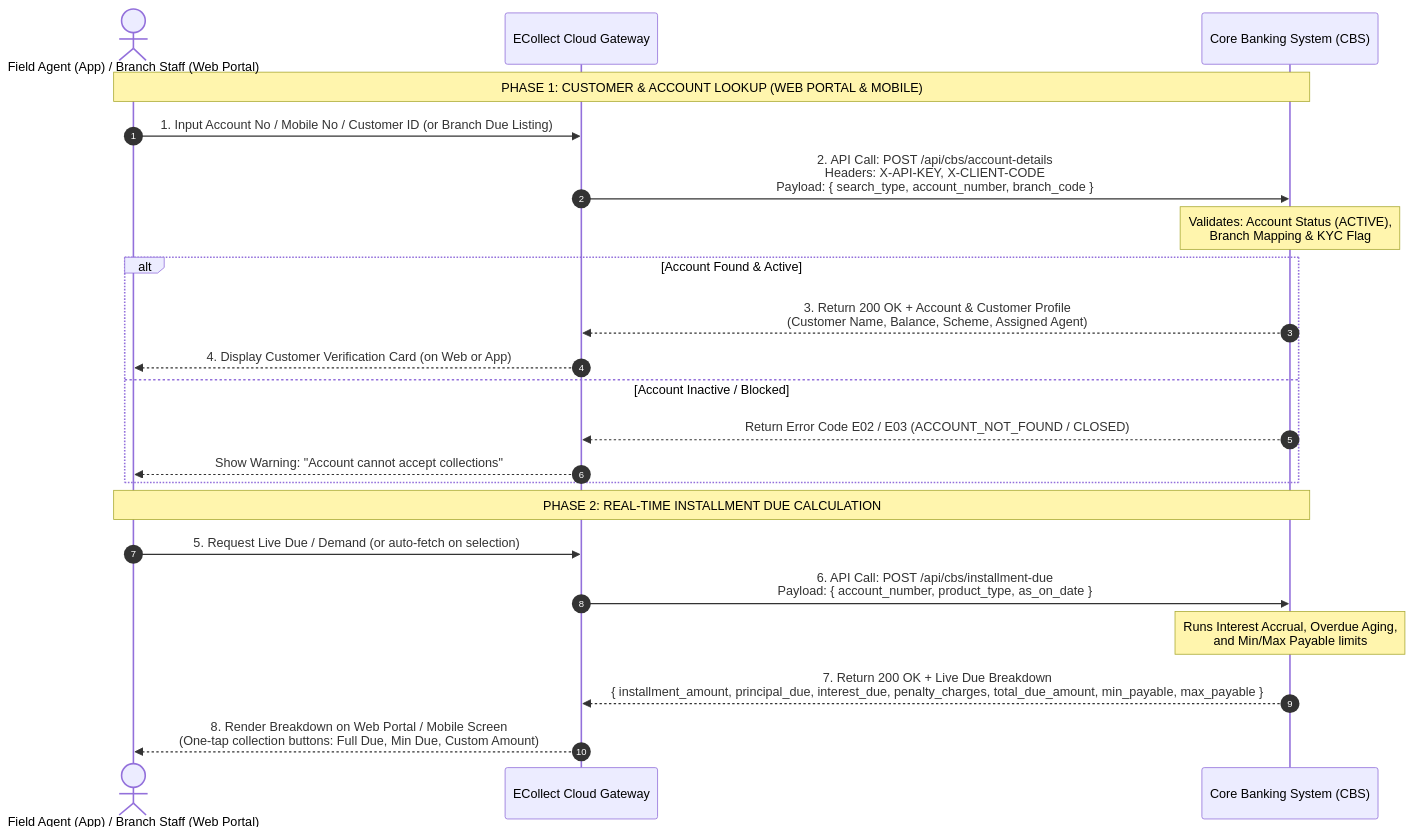
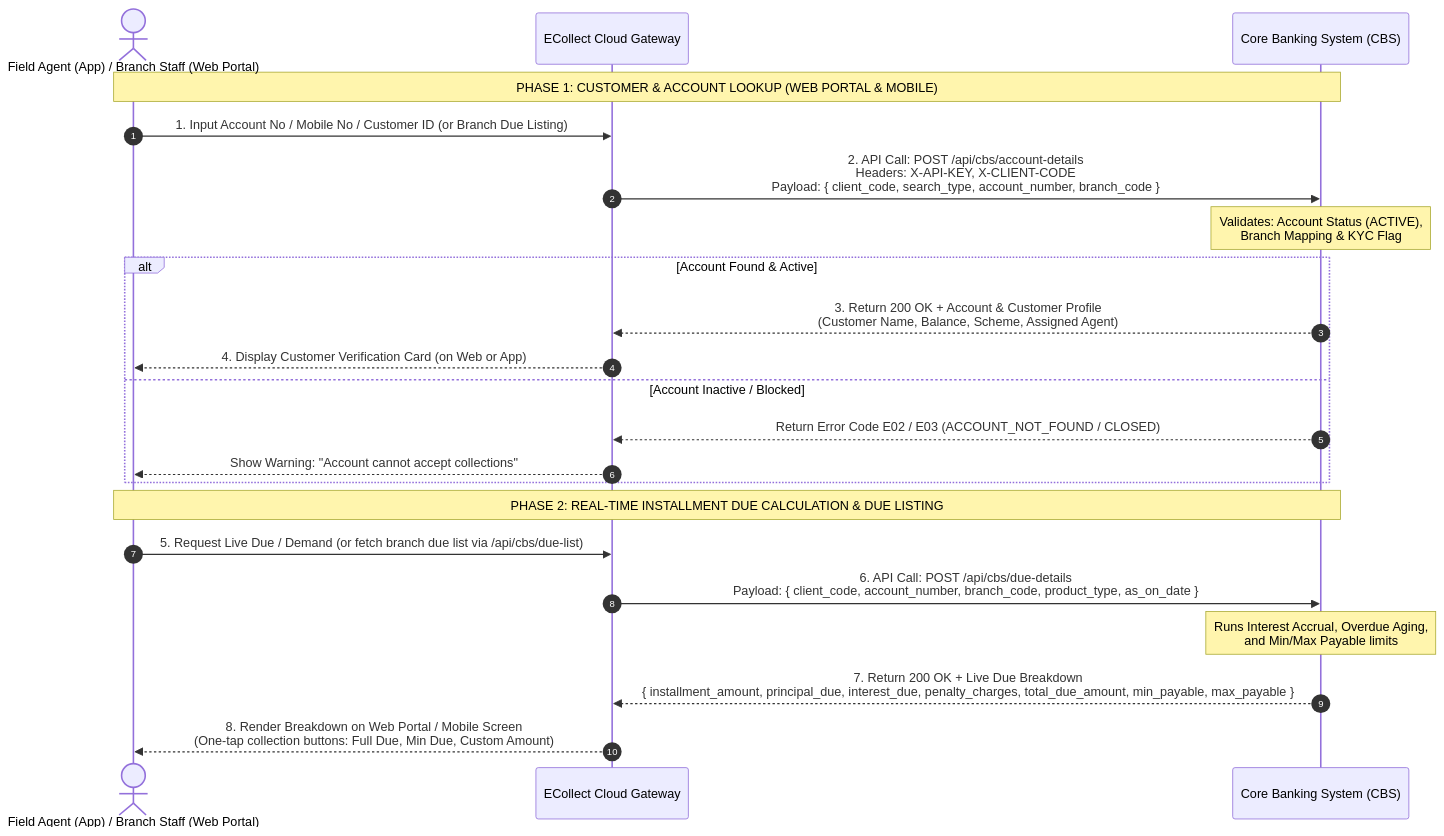
One commit to devadss/EcollectFrontEnd changed the first of 2 diagrams in ECOLLECT_CBS_INTEGRATION_API_SPECIFICATION.md. Above: the diagram before and after it, drawn with Mermaid. The commit also changed other lines of this file and 2 other files, not shown here.

Commit message:
docs: include client_code in account-details, due-details and all CBS endpoints; add due-list API

````diff
--- a/ECOLLECT_CBS_INTEGRATION_API_SPECIFICATION.md
+++ b/ECOLLECT_CBS_INTEGRATION_API_SPECIFICATION.md
@@ -88,26 +88,26 @@
 ```mermaid
 sequenceDiagram
     autonumber
     actor User as Field Agent (App) / Branch Staff (Web Portal)
     participant GW as ECollect Cloud Gateway
     participant CBS as Core Banking System (CBS)
 
     Note over User,CBS: PHASE 1: CUSTOMER & ACCOUNT LOOKUP (WEB PORTAL & MOBILE)
     User->>GW: 1. Input Account No / Mobile No / Customer ID (or Branch Due Listing)
-    GW->>CBS: 2. API Call: POST /api/cbs/account-details<br/>Headers: X-API-KEY, X-CLIENT-CODE<br/>Payload: { search_type, account_number, branch_code }
+    GW->>CBS: 2. API Call: POST /api/cbs/account-details<br/>Headers: X-API-KEY, X-CLIENT-CODE<br/>Payload: { client_code, search_type, account_number, branch_code }
     Note over CBS: Validates: Account Status (ACTIVE),<br/>Branch Mapping & KYC Flag
     alt Account Found & Active
         CBS-->>GW: 3. Return 200 OK + Account & Customer Profile<br/>(Customer Name, Balance, Scheme, Assigned Agent)
         GW-->>User: 4. Display Customer Verification Card (on Web or App)
     else Account Inactive / Blocked
         CBS-->>GW: Return Error Code E02 / E03 (ACCOUNT_NOT_FOUND / CLOSED)
         GW-->>User: Show Warning: "Account cannot accept collections"
     end
 
-    Note over User,CBS: PHASE 2: REAL-TIME INSTALLMENT DUE CALCULATION
-    User->>GW: 5. Request Live Due / Demand (or auto-fetch on selection)
-    GW->>CBS: 6. API Call: POST /api/cbs/installment-due<br/>Payload: { account_number, product_type, as_on_date }
+    Note over User,CBS: PHASE 2: REAL-TIME INSTALLMENT DUE CALCULATION & DUE LISTING
+    User->>GW: 5. Request Live Due / Demand (or fetch branch due list via /api/cbs/due-list)
+    GW->>CBS: 6. API Call: POST /api/cbs/due-details<br/>Payload: { client_code, account_number, branch_code, product_type, as_on_date }
     Note over CBS: Runs Interest Accrual, Overdue Aging,<br/>and Min/Max Payable limits
     CBS-->>GW: 7. Return 200 OK + Live Due Breakdown<br/>{ installment_amount, principal_due, interest_due, penalty_charges, total_due_amount, min_payable, max_payable }
     GW-->>User: 8. Render Breakdown on Web Portal / Mobile Screen<br/>(One-tap collection buttons: Full Due, Min Due, Custom Amount)
 ```
````
